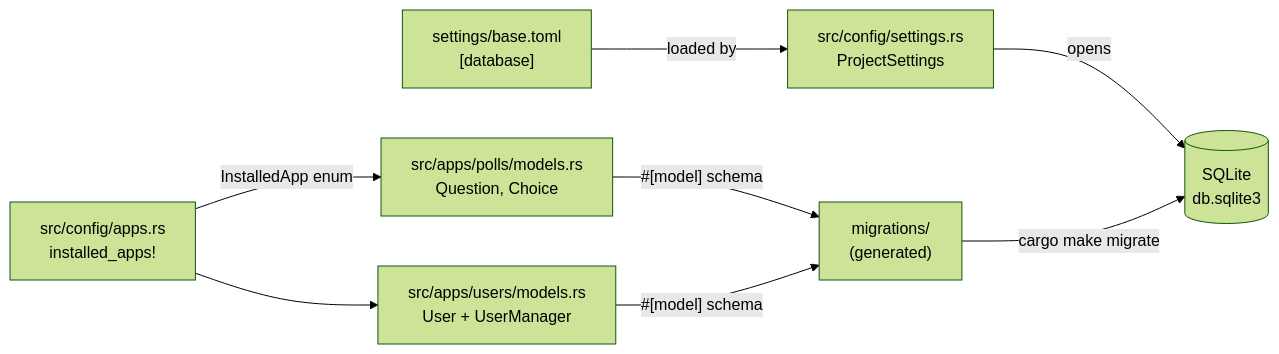
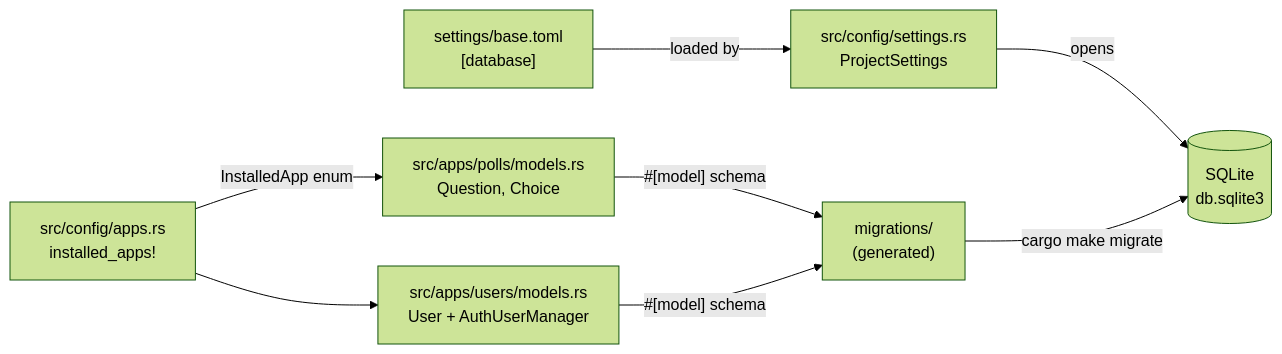
The diagram in website/content/quickstart/tutorials/basis/2-models-and-database.md (kent8192/reinhardt-web), drawn with Mermaid (forest theme) before and after one commit. The commit also changed other lines of this file and 5 other files, not shown here.

First line of the commit message:
docs(examples): sync tutorial docs with SessionError and AuthUserManager

````diff
--- a/website/content/quickstart/tutorials/basis/2-models-and-database.md
+++ b/website/content/quickstart/tutorials/basis/2-models-and-database.md
@@ -19,10 +19,10 @@
 ```mermaid
 flowchart LR
     Settings["settings/base.toml<br/>[database]"] -->|loaded by| ConfigSettings["src/config/settings.rs<br/>ProjectSettings"]
     ConfigSettings -->|opens| DB[(SQLite<br/>db.sqlite3)]
     PollsApp["src/apps/polls/models.rs<br/>Question, Choice"] -->|"#[model] schema"| Migrations["migrations/<br/>(generated)"]
-    UsersApp["src/apps/users/models.rs<br/>User + UserManager"] -->|"#[model] schema"| Migrations
+    UsersApp["src/apps/users/models.rs<br/>User + AuthUserManager"] -->|"#[model] schema"| Migrations
     Migrations -->|cargo make migrate| DB
     AppsConfig["src/config/apps.rs<br/>installed_apps!"] -->|InstalledApp enum| PollsApp
     AppsConfig --> UsersApp
 ```
````
